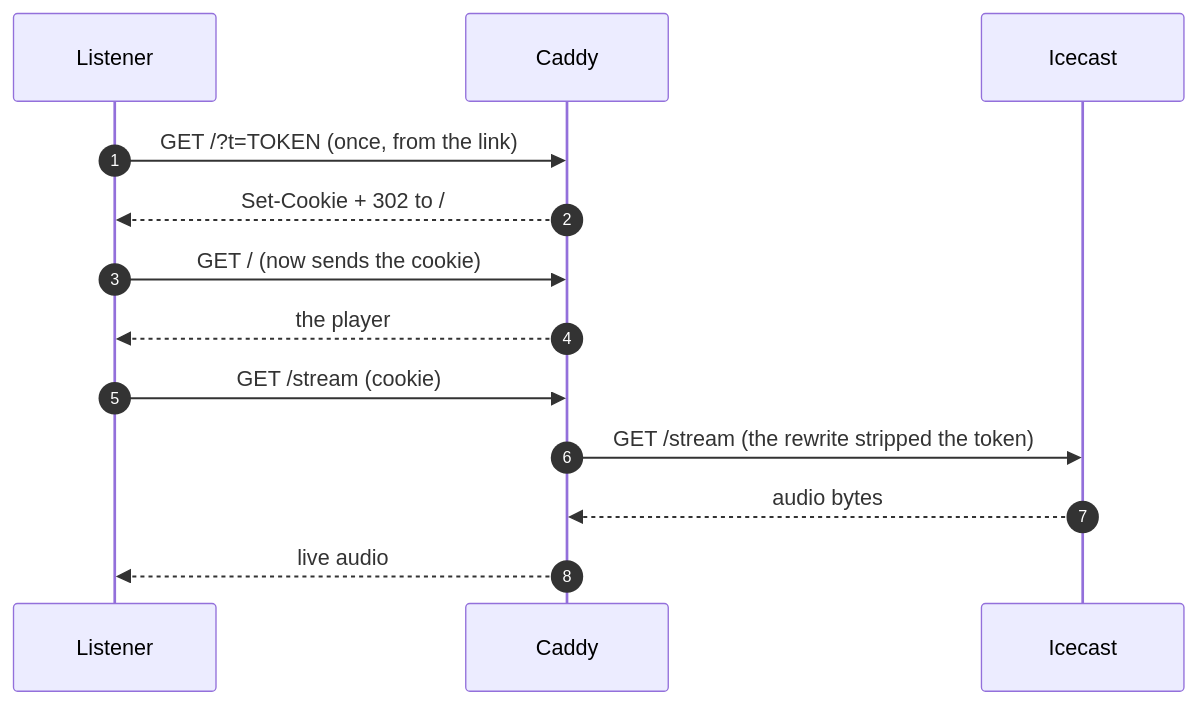
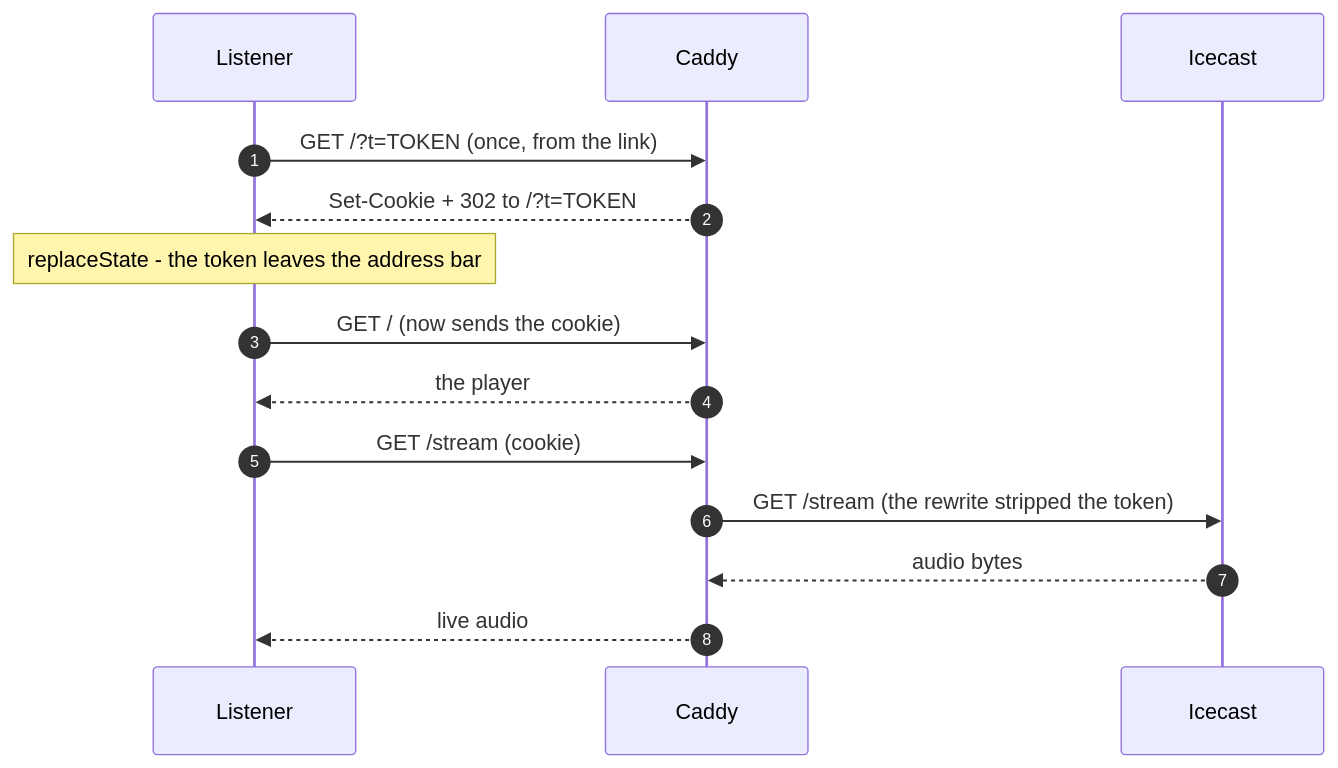
One commit to The-Replacement/radio changed the second of 2 diagrams in README.md. Above: the diagram before and after it, drawn with Mermaid. The commit also changed other lines of this file and 5 other files, not shown here.

````diff
--- a/README.md
+++ b/README.md
@@ -179,16 +181,17 @@
 ```mermaid
 sequenceDiagram
     autonumber
     participant O as Listener
     participant C as Caddy
     participant I as Icecast
 
     O->>C: GET /?t=TOKEN   (once, from the link)
-    C-->>O: Set-Cookie + 302 to /
+    C-->>O: Set-Cookie + 302 to /?t=TOKEN
+    Note over O: replaceState - the token leaves the address bar
     O->>C: GET /   (now sends the cookie)
     C-->>O: the player
     O->>C: GET /stream   (cookie)
     C->>I: GET /stream   (the rewrite stripped the token)
     I-->>C: audio bytes
     C-->>O: live audio
 ```
````
